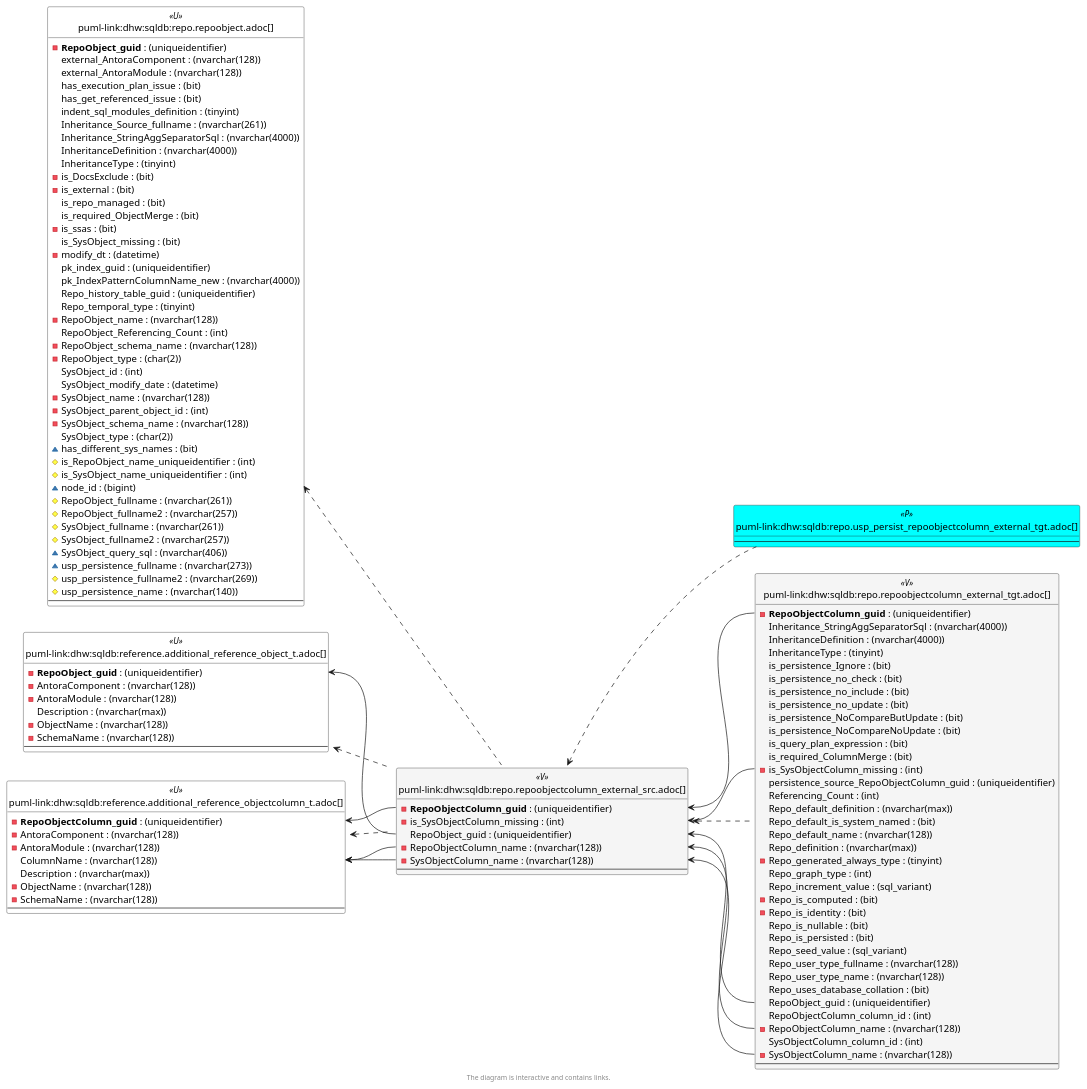
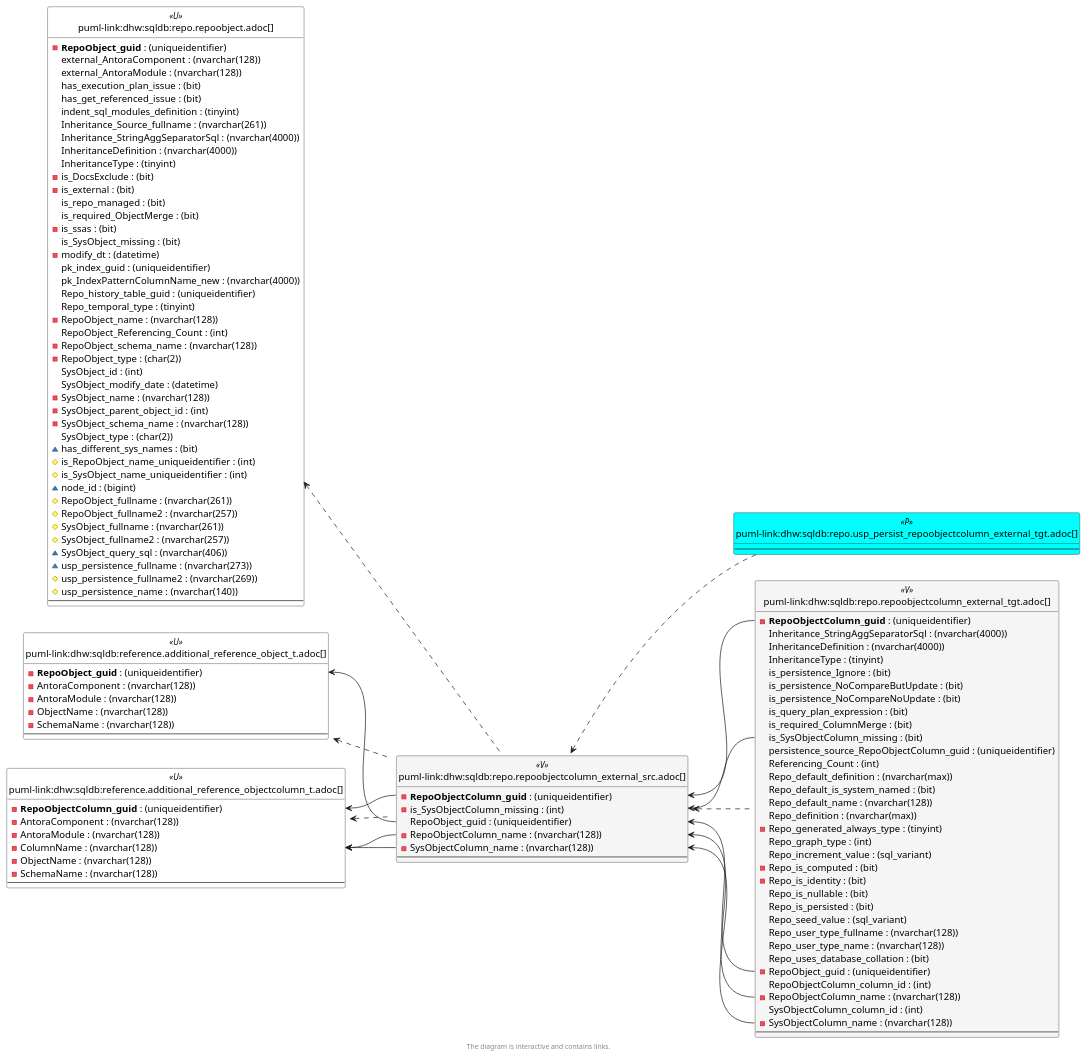
One commit to DataHandwerk/dhw-antora-sqldb changed the sixth of 6 diagrams in docs/modules/sqldb/partials/content/repo.repoobjectcolumn_external_src.adoc. Above: the diagram before and after it, drawn with PlantUML. The commit also changed other lines of this file and 641 other files, not shown here.

```diff
--- a/docs/modules/sqldb/partials/content/repo.repoobjectcolumn_external_src.adoc
+++ b/docs/modules/sqldb/partials/content/repo.repoobjectcolumn_external_src.adoc
@@ -2880,7 +2880,6 @@
   - **RepoObject_guid** : (uniqueidentifier)
   - AntoraComponent : (nvarchar(128))
   - AntoraModule : (nvarchar(128))
-  Description : (nvarchar(max))
   - ObjectName : (nvarchar(128))
   - SchemaName : (nvarchar(128))
   --
@@ -2890,8 +2889,7 @@
   - **RepoObjectColumn_guid** : (uniqueidentifier)
   - AntoraComponent : (nvarchar(128))
   - AntoraModule : (nvarchar(128))
-  ColumnName : (nvarchar(128))
-  Description : (nvarchar(max))
+  - ColumnName : (nvarchar(128))
   - ObjectName : (nvarchar(128))
   - SchemaName : (nvarchar(128))
   --
@@ -2959,14 +2957,11 @@
   InheritanceDefinition : (nvarchar(4000))
   InheritanceType : (tinyint)
   is_persistence_Ignore : (bit)
-  is_persistence_no_check : (bit)
-  is_persistence_no_include : (bit)
-  is_persistence_no_update : (bit)
   is_persistence_NoCompareButUpdate : (bit)
   is_persistence_NoCompareNoUpdate : (bit)
   is_query_plan_expression : (bit)
   is_required_ColumnMerge : (bit)
-  - is_SysObjectColumn_missing : (int)
+  is_SysObjectColumn_missing : (bit)
   persistence_source_RepoObjectColumn_guid : (uniqueidentifier)
   Referencing_Count : (int)
   Repo_default_definition : (nvarchar(max))
@@ -2984,7 +2979,7 @@
   Repo_user_type_fullname : (nvarchar(128))
   Repo_user_type_name : (nvarchar(128))
   Repo_uses_database_collation : (bit)
-  RepoObject_guid : (uniqueidentifier)
+  - RepoObject_guid : (uniqueidentifier)
   RepoObjectColumn_column_id : (int)
   - RepoObjectColumn_name : (nvarchar(128))
   SysObjectColumn_column_id : (int)
@@ -2999,8 +2994,8 @@
 reference.additional_Reference_Object_T <.. repo.RepoObjectColumn_external_src
 reference.additional_Reference_ObjectColumn_T <.. repo.RepoObjectColumn_external_src
 repo.RepoObject <.. repo.RepoObjectColumn_external_src
+repo.RepoObjectColumn_external_src <.. repo.RepoObjectColumn_external_tgt
 repo.RepoObjectColumn_external_src <.. repo.usp_PERSIST_RepoObjectColumn_external_tgt
-repo.RepoObjectColumn_external_src <.. repo.RepoObjectColumn_external_tgt
 "reference.additional_Reference_Object_T::RepoObject_guid" <-- "repo.RepoObjectColumn_external_src::RepoObject_guid"
 "reference.additional_Reference_ObjectColumn_T::ColumnName" <-- "repo.RepoObjectColumn_external_src::SysObjectColumn_name"
 "reference.additional_Reference_ObjectColumn_T::ColumnName" <-- "repo.RepoObjectColumn_external_src::RepoObjectColumn_name"
```
